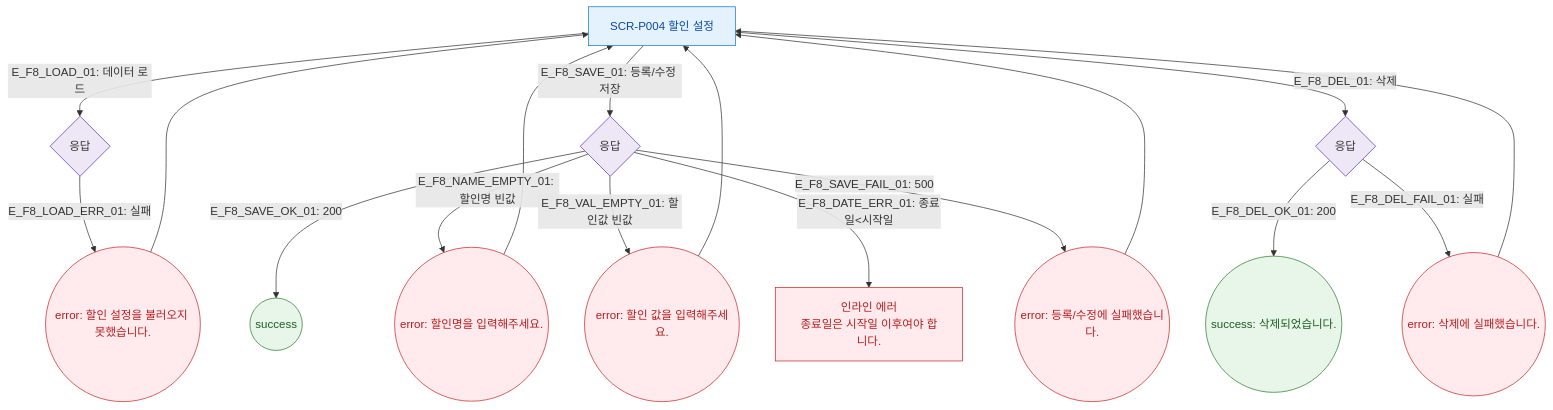
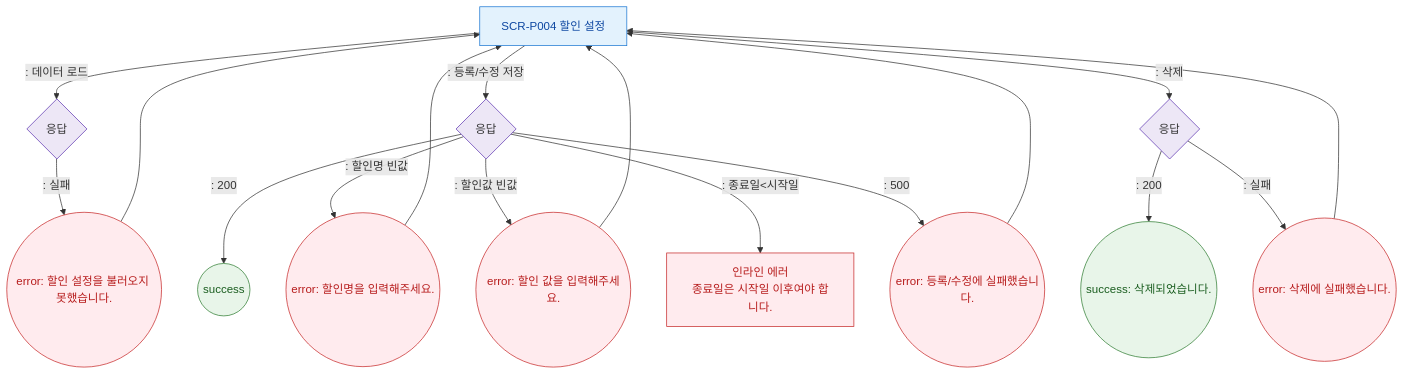
One commit to dev-spogym/admin-pando changed the diagram in docs/다이어그램/D05_상품관리/SCR-P004_할인설정/F8_에러예외복구.md. Above: the diagram before and after it, drawn with Mermaid. The commit also changed other lines of this file and 1660 other files, not shown here.

First line of the commit message:
다이어그램: 기획자/클라이언트 납품본으로 정리

````diff
--- a/docs/다이어그램/D05_상품관리/SCR-P004_할인설정/F8_에러예외복구.md
+++ b/docs/다이어그램/D05_상품관리/SCR-P004_할인설정/F8_에러예외복구.md
@@ -16,29 +14,29 @@
 ```mermaid
 flowchart TD
     SCR_P004[SCR-P004 할인 설정]
 
-    SCR_P004 -->|"E_F8_LOAD_01: 데이터 로드"| LoadAPI{응답}
-    LoadAPI -->|"E_F8_LOAD_ERR_01: 실패"| ErrLoad((error: 할인 설정을 불러오지 못했습니다.))
+    SCR_P004 -->|": 데이터 로드"|LoadAPI{응답}
+    LoadAPI -->|": 실패"|ErrLoad((error: 할인 설정을 불러오지 못했습니다.))
 
-    SCR_P004 -->|"E_F8_SAVE_01: 등록/수정 저장"| SaveAPI{응답}
-    SaveAPI -->|"E_F8_SAVE_OK_01: 200"| ToastSave((success))
-    SaveAPI -->|"E_F8_NAME_EMPTY_01: 할인명 빈값"| ErrName((error: 할인명을 입력해주세요.))
-    SaveAPI -->|"E_F8_VAL_EMPTY_01: 할인값 빈값"| ErrVal((error: 할인 값을 입력해주세요.))
-    SaveAPI -->|"E_F8_DATE_ERR_01: 종료일<시작일"| ErrDate[인라인 에러\n종료일은 시작일 이후여야 합니다.]
-    SaveAPI -->|"E_F8_SAVE_FAIL_01: 500"| ErrSave((error: 등록/수정에 실패했습니다.))
+    SCR_P004 -->|": 등록/수정 저장"|SaveAPI{응답}
+    SaveAPI -->|": 200"|ToastSave((success))
+    SaveAPI -->|": 할인명 빈값"|ErrName((error: 할인명을 입력해주세요.))
+    SaveAPI -->|": 할인값 빈값"|ErrVal((error: 할인 값을 입력해주세요.))
+    SaveAPI -->|": 종료일<시작일"|ErrDate[인라인 에러\n종료일은 시작일 이후여야 합니다.]
+    SaveAPI -->|": 500"|ErrSave((error: 등록/수정에 실패했습니다.))
 
-    SCR_P004 -->|"E_F8_DEL_01: 삭제"| DelAPI{응답}
-    DelAPI -->|"E_F8_DEL_OK_01: 200"| ToastDel((success: 삭제되었습니다.))
-    DelAPI -->|"E_F8_DEL_FAIL_01: 실패"| ErrDel((error: 삭제에 실패했습니다.))
+    SCR_P004 -->|": 삭제"|DelAPI{응답}
+    DelAPI -->|": 200"|ToastDel((success: 삭제되었습니다.))
+    DelAPI -->|": 실패"|ErrDel((error: 삭제에 실패했습니다.))
 
     ErrLoad & ErrName & ErrVal & ErrSave & ErrDel --> SCR_P004
 
     classDef screen fill:#E3F2FD,stroke:#1976D2,color:#0D47A1
     classDef error fill:#FFEBEE,stroke:#C62828,color:#B71C1C
     classDef success fill:#E8F5E9,stroke:#2E7D32,color:#1B5E20
     classDef system fill:#EDE7F6,stroke:#5E35B2
     class SCR_P004 screen
     class ErrLoad,ErrName,ErrVal,ErrDate,ErrSave,ErrDel error
     class ToastSave,ToastDel success
     class LoadAPI,SaveAPI,DelAPI system
 ```
````
